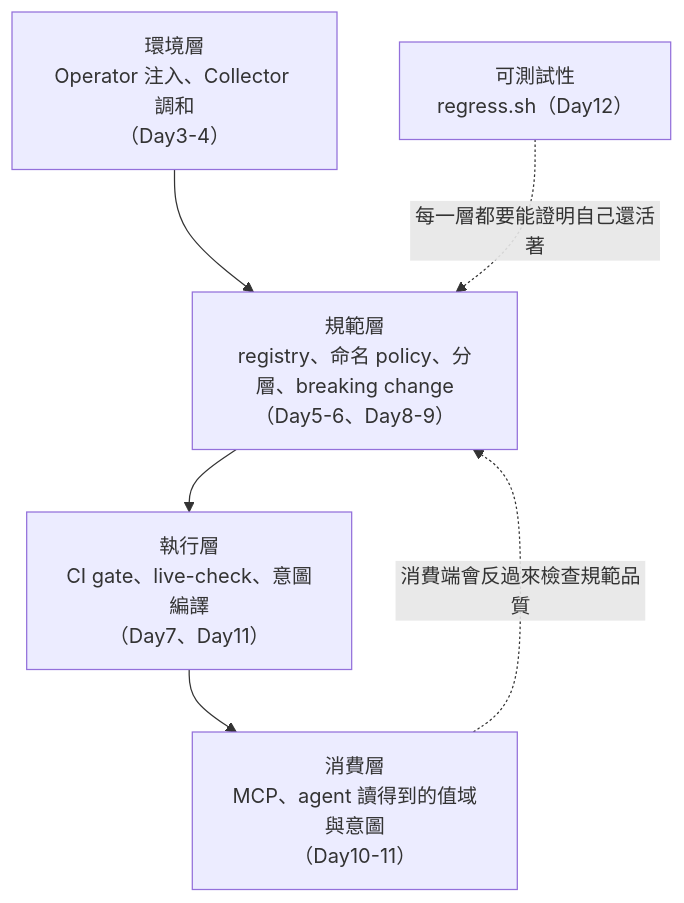
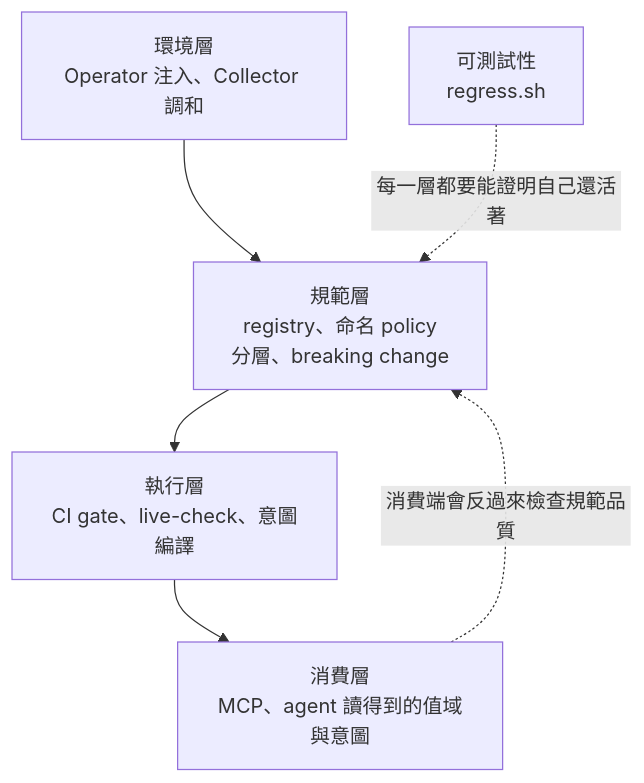
One commit to tedmax100/o11y-bench changed the first of 2 diagrams in weaver-demo/ironman-2026/day13.md. Above: the diagram before and after it, drawn with Mermaid. The commit also changed other lines of this file and 7 other files, not shown here.

````diff
--- a/weaver-demo/ironman-2026/day13.md
+++ b/weaver-demo/ironman-2026/day13.md
@@ -19,8 +19,8 @@
 ```mermaid
 flowchart TB
-    E["環境層<br/>Operator 注入、Collector 調和<br/>（Day3-4）"] --> S["規範層<br/>registry、命名 policy、分層、breaking change<br/>（Day5-6、Day8-9）"]
-    S --> X["執行層<br/>CI gate、live-check、意圖編譯<br/>（Day7、Day11）"]
-    X --> C["消費層<br/>MCP、agent 讀得到的值域與意圖<br/>（Day10-11）"]
+    E["環境層<br/>Operator 注入、Collector 調和"] --> S["規範層<br/>registry、命名 policy<br/>分層、breaking change"]
+    S --> X["執行層<br/>CI gate、live-check、意圖編譯"]
+    X --> C["消費層<br/>MCP、agent 讀得到的值域與意圖"]
     C -.->|"消費端會反過來檢查規範品質"| S
-    T["可測試性<br/>regress.sh（Day12）"] -.->|"每一層都要能證明自己還活著"| S
+    T["可測試性<br/>regress.sh"] -.->|"每一層都要能證明自己還活著"| S
 ```
````
